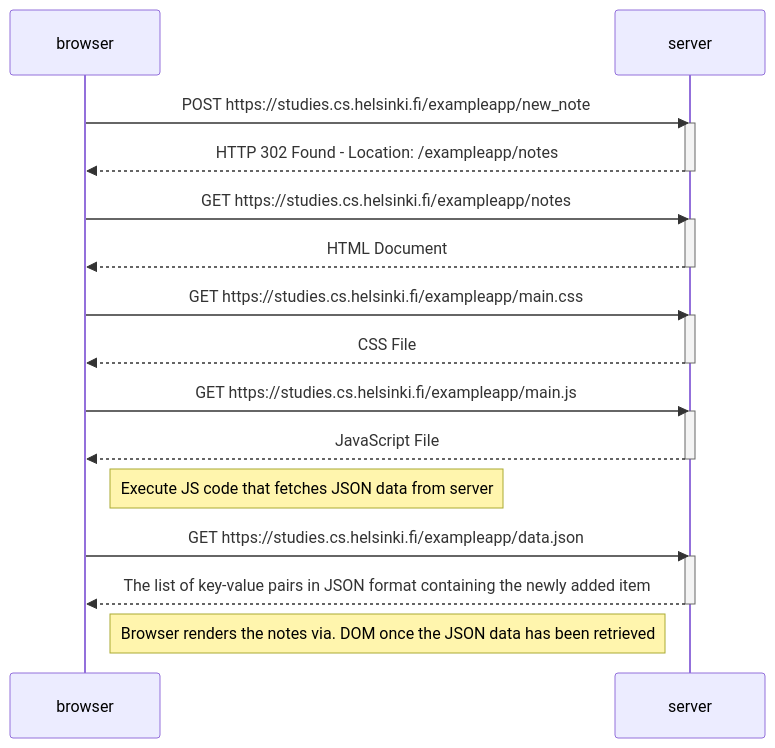
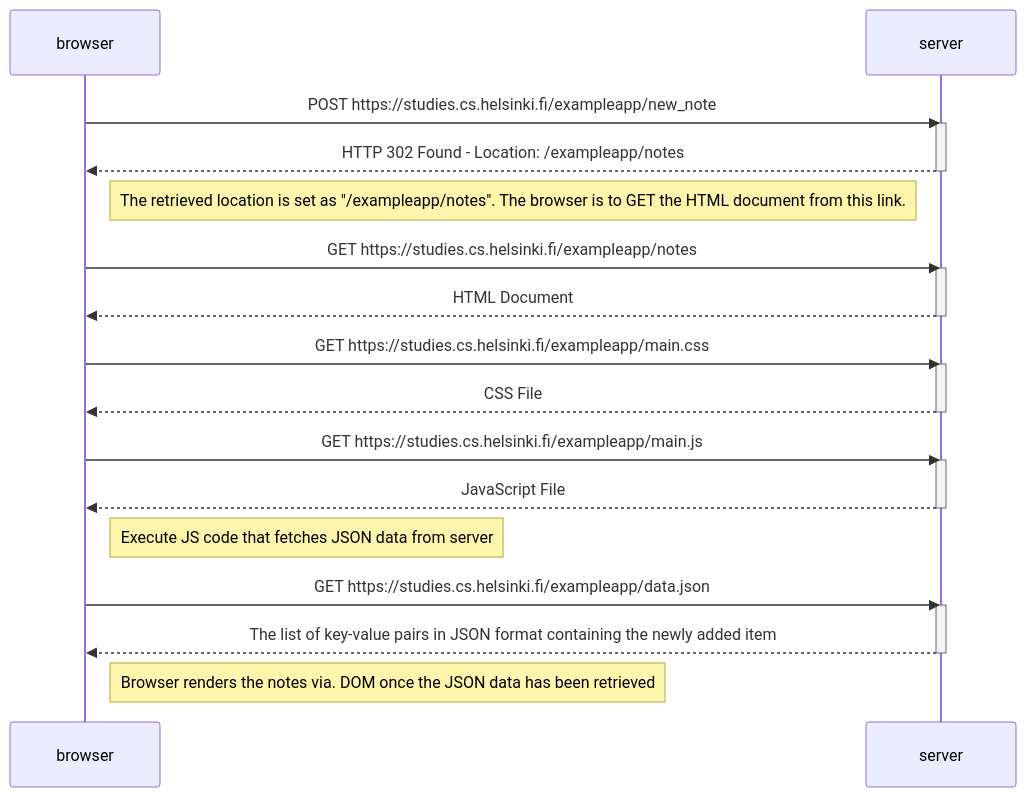
Before and after one commit to iDLEWINK/fso-part0: the diagram in exer4.md, drawn with Mermaid.

````diff
--- a/exer4.md
+++ b/exer4.md
@@ -1,34 +1,36 @@
 ```mermaid
 sequenceDiagram
     participant browser
     participant server
 
     browser->>server: POST https://studies.cs.helsinki.fi/exampleapp/new_note
     activate server
     server-->>browser: HTTP 302 Found - Location: /exampleapp/notes
     deactivate server
+
+    Note right of browser: The retrieved location is set as "/exampleapp/notes". The browser is to GET the HTML document from this link.
 
     browser->>server: GET https://studies.cs.helsinki.fi/exampleapp/notes
     activate server
     server-->>browser: HTML Document
     deactivate server
 
     browser->>server: GET https://studies.cs.helsinki.fi/exampleapp/main.css
     activate server
     server-->>browser: CSS File
     deactivate server
 
     browser->>server: GET https://studies.cs.helsinki.fi/exampleapp/main.js
     activate server
     server-->>browser: JavaScript File
     deactivate server
 
     Note right of browser: Execute JS code that fetches JSON data from server
 
     browser->>server: GET https://studies.cs.helsinki.fi/exampleapp/data.json
     activate server
     server-->>browser: The list of key-value pairs in JSON format containing the newly added item
     deactivate server
 
     Note right of browser: Browser renders the notes via. DOM once the JSON data has been retrieved
 ```
````
